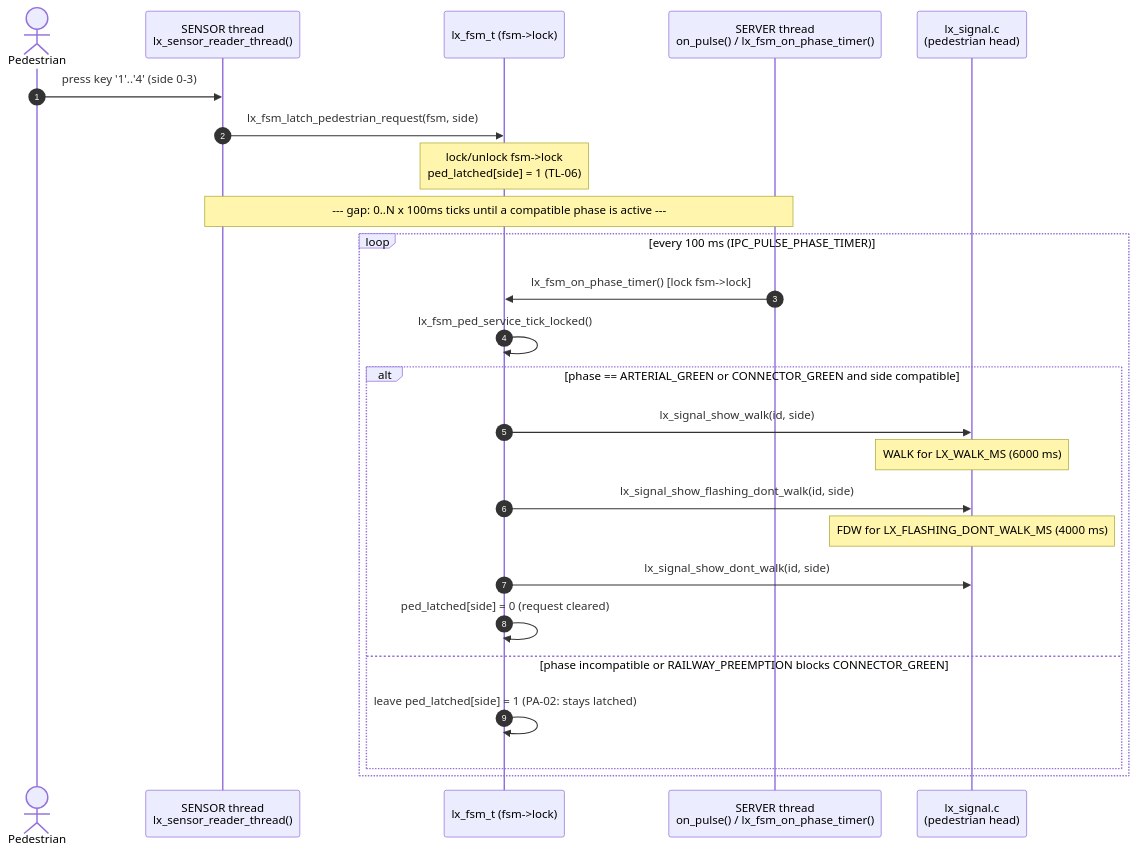
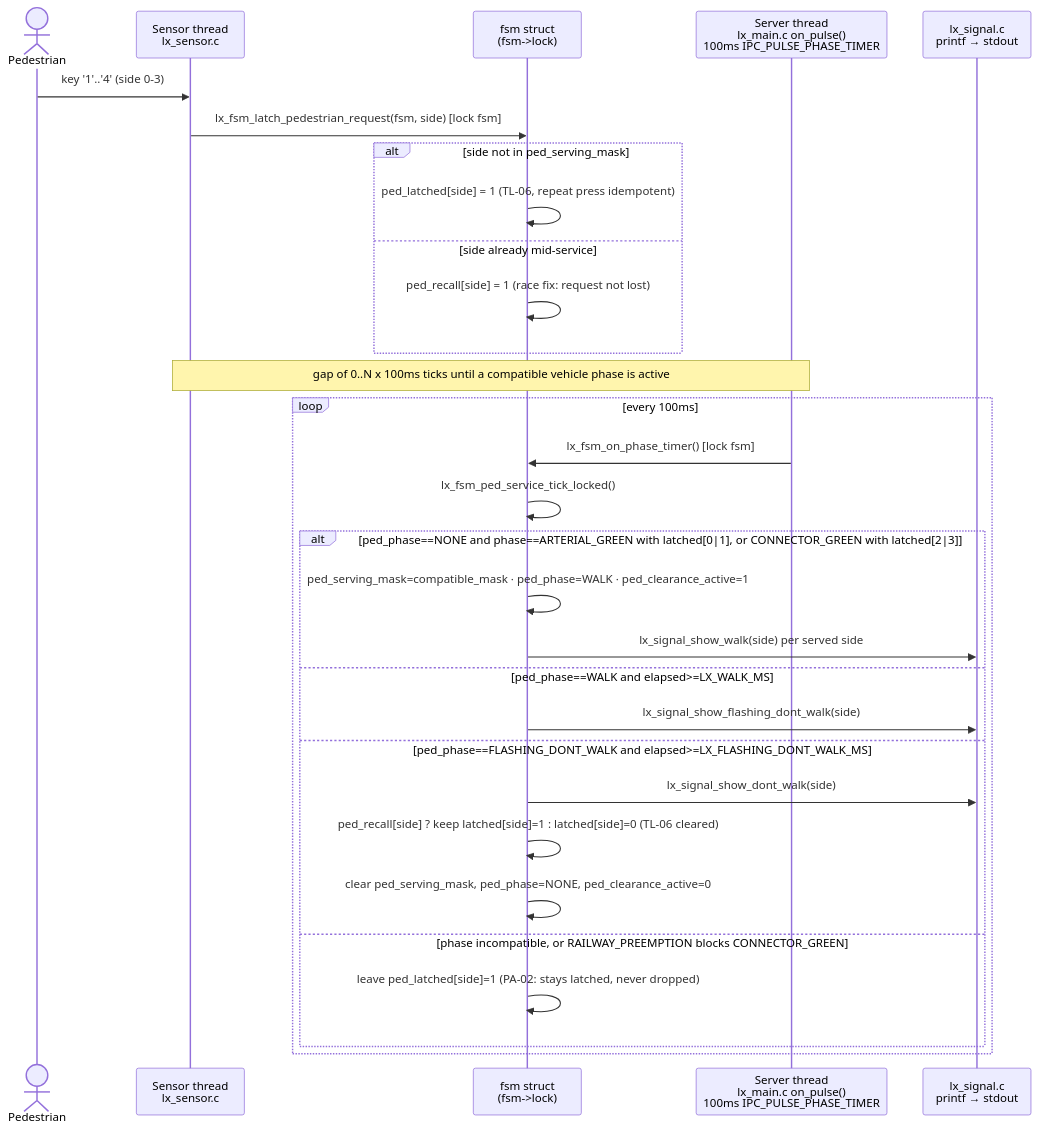
Before and after one commit to lucietran03/traffic-control-system: the diagram in docs/flow-diagrams/UC-02-serve-pedestrian-crossing-request.md, drawn with Mermaid. The commit also changed other lines of this file and 22 other files, not shown here.

First line of the commit message:
Restyle flow-diagram docs: diagram-first, minimal prose

````diff
--- a/docs/flow-diagrams/UC-02-serve-pedestrian-crossing-request.md
+++ b/docs/flow-diagrams/UC-02-serve-pedestrian-crossing-request.md
@@ -191,32 +7,35 @@
 ```mermaid
 sequenceDiagram
-    accTitle: UC-02 function-level trace
-    accDescr: A pedestrian button press latches a request on the sensor thread; a later phase-timer tick on the server thread serves it through WALK, FLASHING_DONT_WALK, and DONT_WALK.
-    autonumber
+    actor Ped as Pedestrian
+    participant Sensor as Sensor thread<br/>lx_sensor.c
+    participant FSM as fsm struct<br/>(fsm->lock)
+    participant Server as Server thread<br/>lx_main.c on_pulse()<br/>100ms IPC_PULSE_PHASE_TIMER
+    participant Signal as lx_signal.c<br/>printf → stdout
 
-    actor Ped as Pedestrian
-    participant Sensor as SENSOR thread<br/>lx_sensor_reader_thread()
-    participant FSM as lx_fsm_t (fsm->lock)
-    participant Server as SERVER thread<br/>on_pulse() / lx_fsm_on_phase_timer()
-    participant Sig as lx_signal.c<br/>(pedestrian head)
+    Ped->>Sensor: key '1'..'4' (side 0-3)
+    Sensor->>FSM: lx_fsm_latch_pedestrian_request(fsm, side) [lock fsm]
+    alt side not in ped_serving_mask
+        FSM->>FSM: ped_latched[side] = 1 (TL-06, repeat press idempotent)
+    else side already mid-service
+        FSM->>FSM: ped_recall[side] = 1 (race fix: request not lost)
+    end
 
-    Ped->>Sensor: press key '1'..'4' (side 0-3)
-    Sensor->>FSM: lx_fsm_latch_pedestrian_request(fsm, side)
-    Note over FSM: lock/unlock fsm->lock<br/>ped_latched[side] = 1 (TL-06)
-    Note over Sensor,Server: --- gap: 0..N x 100ms ticks until a compatible phase is active ---
+    Note over Sensor,Server: gap of 0..N x 100ms ticks until a compatible vehicle phase is active
 
-    loop every 100 ms (IPC_PULSE_PHASE_TIMER)
-        Server->>FSM: lx_fsm_on_phase_timer() [lock fsm->lock]
+    loop every 100ms
+        Server->>FSM: lx_fsm_on_phase_timer() [lock fsm]
         FSM->>FSM: lx_fsm_ped_service_tick_locked()
-        alt phase == ARTERIAL_GREEN or CONNECTOR_GREEN and side compatible
-            FSM->>Sig: lx_signal_show_walk(id, side)
-            Note over Sig: WALK for LX_WALK_MS (6000 ms)
-            FSM->>Sig: lx_signal_show_flashing_dont_walk(id, side)
-            Note over Sig: FDW for LX_FLASHING_DONT_WALK_MS (4000 ms)
-            FSM->>Sig: lx_signal_show_dont_walk(id, side)
-            FSM->>FSM: ped_latched[side] = 0 (request cleared)
-        else phase incompatible or RAILWAY_PREEMPTION blocks CONNECTOR_GREEN
-            FSM->>FSM: leave ped_latched[side] = 1 (PA-02: stays latched)
+        alt ped_phase==NONE and phase==ARTERIAL_GREEN with latched[0|1], or CONNECTOR_GREEN with latched[2|3]
+            FSM->>FSM: ped_serving_mask=compatible_mask · ped_phase=WALK · ped_clearance_active=1
+            FSM->>Signal: lx_signal_show_walk(side) per served side
+        else ped_phase==WALK and elapsed>=LX_WALK_MS
+            FSM->>Signal: lx_signal_show_flashing_dont_walk(side)
+        else ped_phase==FLASHING_DONT_WALK and elapsed>=LX_FLASHING_DONT_WALK_MS
+            FSM->>Signal: lx_signal_show_dont_walk(side)
+            FSM->>FSM: ped_recall[side] ? keep latched[side]=1 : latched[side]=0 (TL-06 cleared)
+            FSM->>FSM: clear ped_serving_mask, ped_phase=NONE, ped_clearance_active=0
+        else phase incompatible, or RAILWAY_PREEMPTION blocks CONNECTOR_GREEN
+            FSM->>FSM: leave ped_latched[side]=1 (PA-02: stays latched, never dropped)
         end
     end
 ```
````
